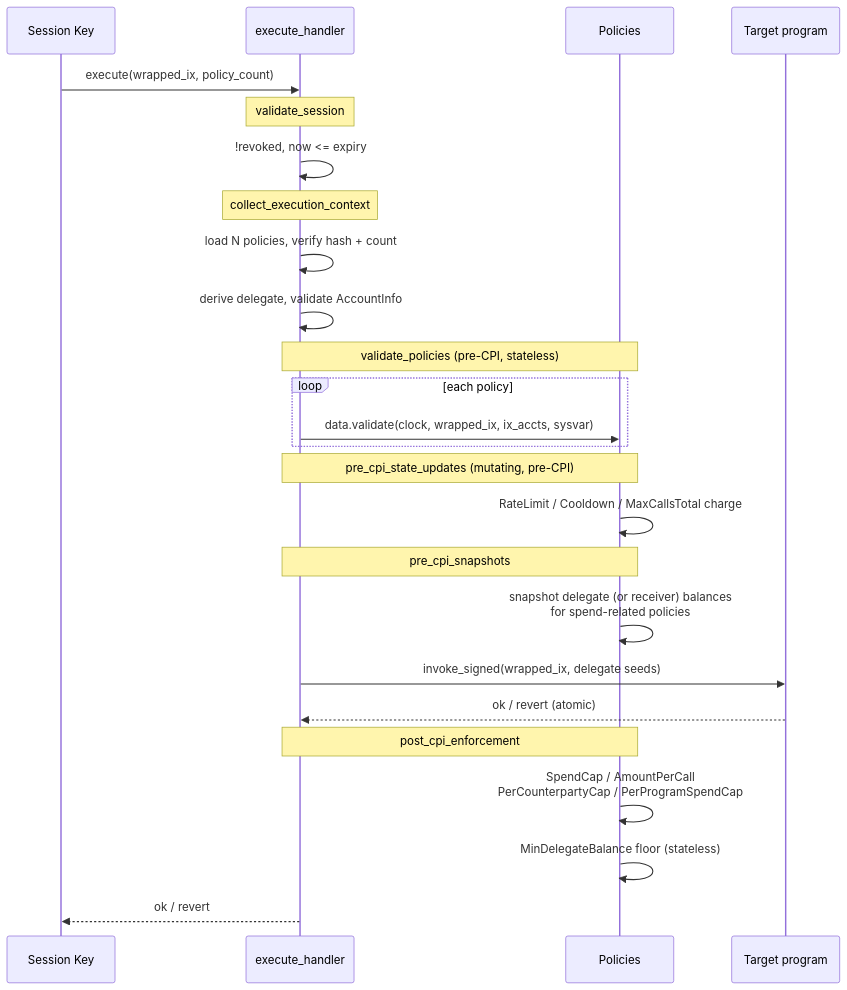
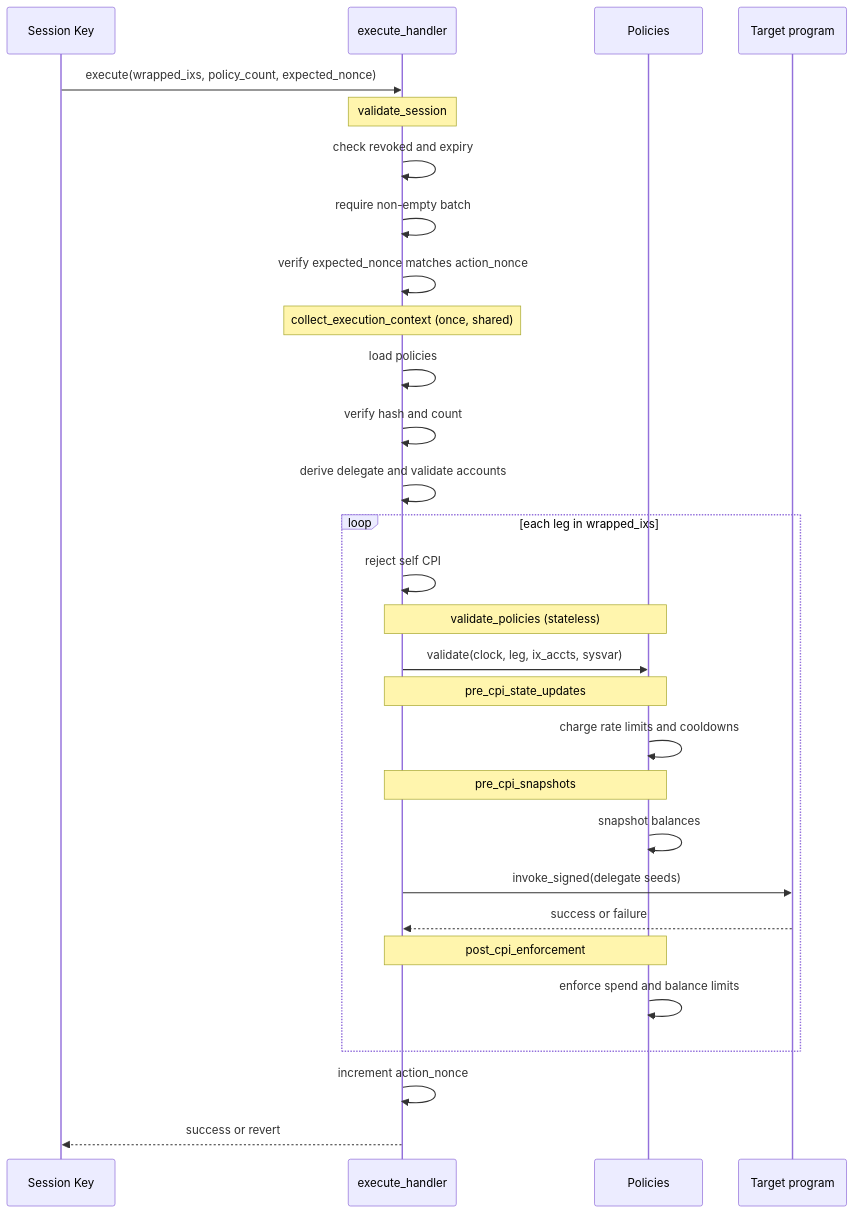
One commit to rit3sh-x/bastion changed the second of 4 diagrams in programs/bastion/README.md. Above: the diagram before and after it, drawn with Mermaid. The commit also changed other lines of this file and 65 other files, not shown here.

````diff
--- a/programs/bastion/README.md
+++ b/programs/bastion/README.md
@@ -79,36 +82,41 @@
 ```mermaid
 sequenceDiagram
     participant SK as Session Key
     participant Ex as execute_handler
     participant Pol as Policies
     participant CPI as Target program
 
-    SK->>Ex: execute(wrapped_ix, policy_count)
+    SK->>Ex: execute(wrapped_ixs, policy_count, expected_nonce)
 
     Note over Ex: validate_session
-    Ex->>Ex: !revoked, now <= expiry
+    Ex->>Ex: check revoked and expiry
+    Ex->>Ex: require non-empty batch
+    Ex->>Ex: verify expected_nonce matches action_nonce
 
-    Note over Ex: collect_execution_context
-    Ex->>Ex: load N policies, verify hash + count
-    Ex->>Ex: derive delegate, validate AccountInfo
+    Note over Ex: collect_execution_context (once, shared)
+    Ex->>Ex: load policies
+    Ex->>Ex: verify hash and count
+    Ex->>Ex: derive delegate and validate accounts
 
-    Note over Ex,Pol: validate_policies (pre-CPI, stateless)
-    loop each policy
-        Ex->>Pol: data.validate(clock, wrapped_ix, ix_accts, sysvar)
+    loop each leg in wrapped_ixs
+        Ex->>Ex: reject self CPI
+
+        Note over Ex,Pol: validate_policies (stateless)
+        Ex->>Pol: validate(clock, leg, ix_accts, sysvar)
+
+        Note over Ex,Pol: pre_cpi_state_updates
+        Pol->>Pol: charge rate limits and cooldowns
+
+        Note over Ex,Pol: pre_cpi_snapshots
+        Pol->>Pol: snapshot balances
+
+        Ex->>CPI: invoke_signed(delegate seeds)
+        CPI-->>Ex: success or failure
+
+        Note over Ex,Pol: post_cpi_enforcement
+        Pol->>Pol: enforce spend and balance limits
     end
 
-    Note over Ex,Pol: pre_cpi_state_updates (mutating, pre-CPI)
-    Pol->>Pol: RateLimit / Cooldown / MaxCallsTotal charge
-
-    Note over Ex,Pol: pre_cpi_snapshots
-    Pol->>Pol: snapshot delegate (or receiver) balances<br/>for spend-related policies
-
-    Ex->>CPI: invoke_signed(wrapped_ix, delegate seeds)
-    CPI-->>Ex: ok / revert (atomic)
-
-    Note over Ex,Pol: post_cpi_enforcement
-    Pol->>Pol: SpendCap / AmountPerCall<br/>PerCounterpartyCap / PerProgramSpendCap
-    Pol->>Pol: MinDelegateBalance floor (stateless)
-
-    Ex-->>SK: ok / revert
+    Ex->>Ex: increment action_nonce
+    Ex-->>SK: success or revert
 ```
````
